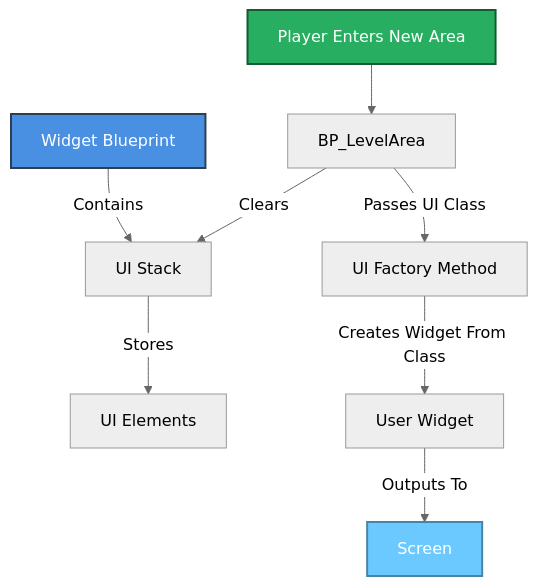
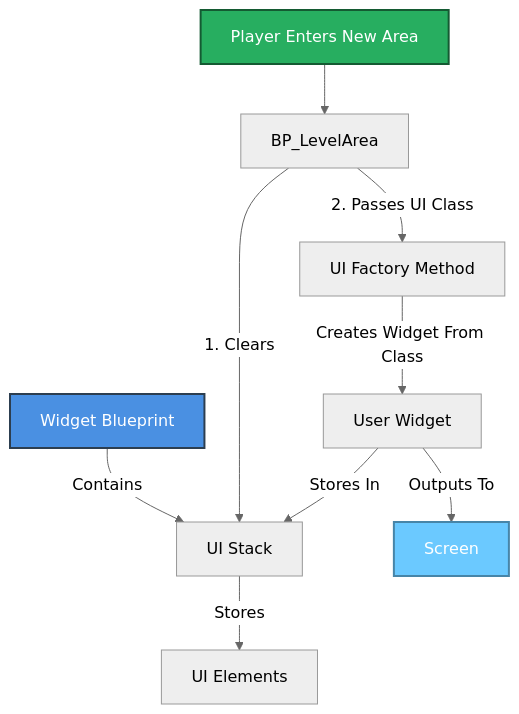
Before and after one commit to mrrobottrax/Chime: the third of 6 diagrams in README.md, drawn with Mermaid (neutral theme).

Commit message:
Clarify steps in UI flow diagram in README

````diff
--- a/README.md
+++ b/README.md
@@ -61,15 +61,16 @@
 ```mermaid
 flowchart TD
     A[Widget Blueprint]:::widget -->|Contains| B[UI Stack]
     B -->|Stores| C[UI Elements]
 
     D[Player Enters New Area]:::event --> E[BP_LevelArea]
-    E -->|Clears| B
-    E -->|Passes UI Class| F[UI Factory Method]
+    E -->|1. Clears| B
+    E -->|2. Passes UI Class| F[UI Factory Method]
     F -->|Creates Widget From Class| G[User Widget]
+    G--> |Stores In| B
     G -->|Outputs To| H[Screen]:::screen
 
     classDef widget fill:#4a90e2,stroke:#2c3e50,stroke-width:2px,color:#fff
     classDef event fill:#27ae60,stroke:#145a32,stroke-width:2px,color:#fff
     classDef screen fill:#6bc9ff,stroke:#4785a8,stroke-width:2px,color:#fff
 ```
````
